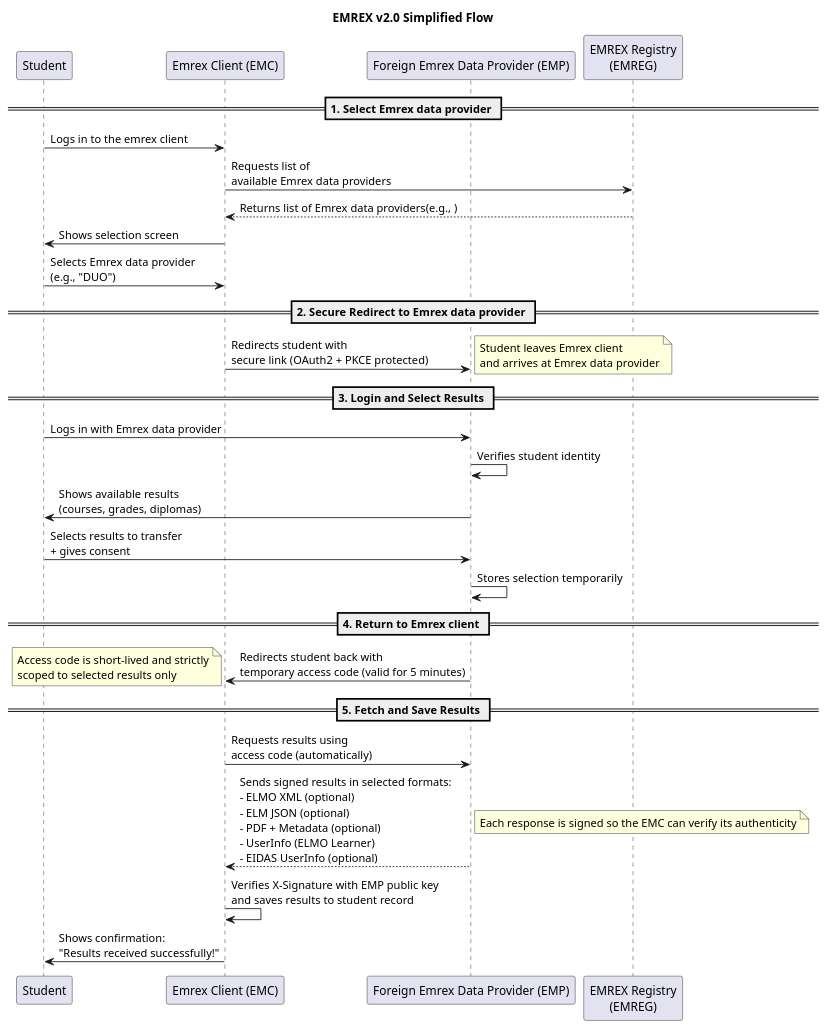
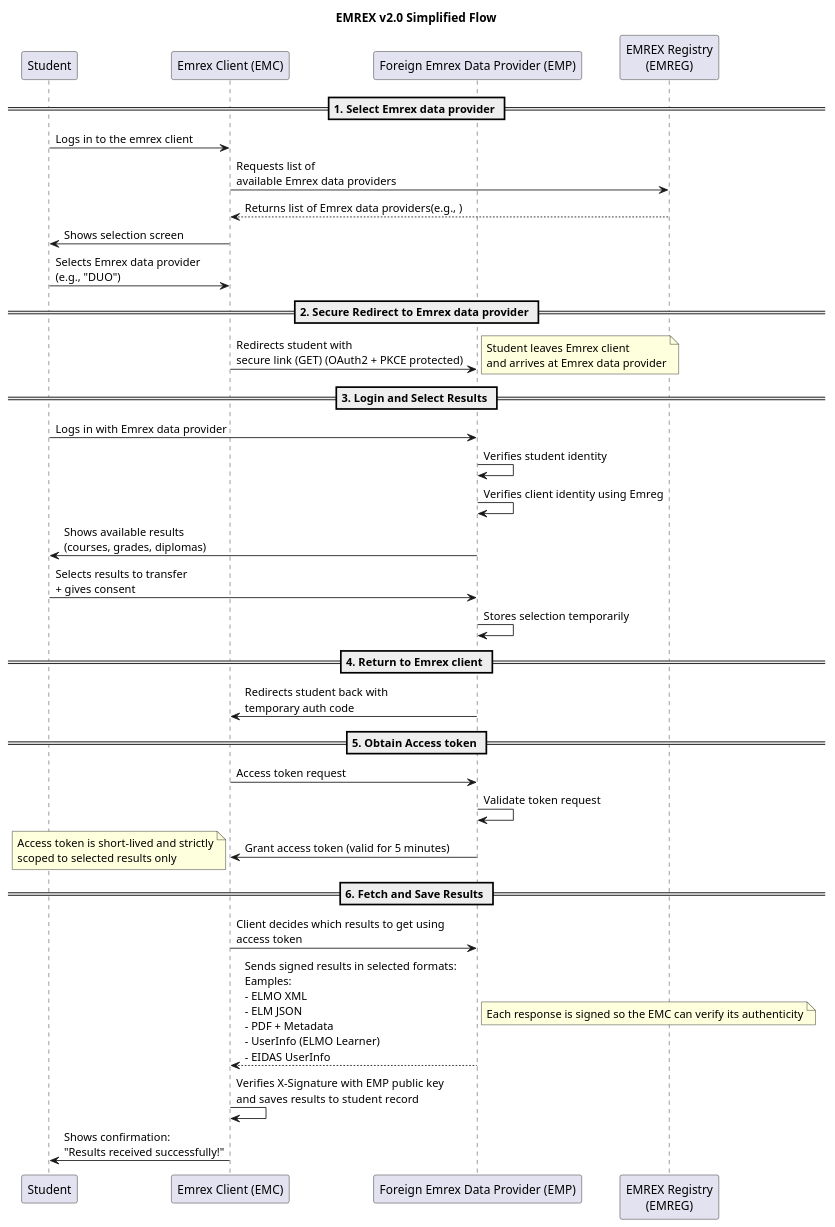
The diagram in emrex2/diagrams/emrex2.0-simple.puml (emrex-eu/standard), drawn with PlantUML before and after one commit. The commit also changed 2 other files, not shown here.

Commit message:
update EMREG spec: add `extensionOpenapiSpec` and `country` fields, refine OAuth2 flow steps, and expand migration guide with detailed impact analysis for EMPs/EMCs

```diff
--- a/emrex2/diagrams/emrex2.0-simple.puml
+++ b/emrex2/diagrams/emrex2.0-simple.puml
@@ -1,42 +1,49 @@
 @startuml EMREX_2.0_Simple_Flow
 
 title **EMREX v2.0 Simplified Flow**
 
 skinparam monochrome false
 skinparam defaultFontName Arial
 
 participant "Student" as student
 participant "Emrex Client (EMC)" as emc
 participant "Foreign Emrex Data Provider (EMP)" as emp
 participant "EMREX Registry\n(EMREG)" as emreg
 
 == 1. Select Emrex data provider ==
 student -> emc: Logs in to the emrex client
 emc -> emreg: Requests list of\navailable Emrex data providers
 emreg --> emc: Returns list of Emrex data providers(e.g., )
 emc -> student: Shows selection screen
 student -> emc: Selects Emrex data provider\n(e.g., "DUO")
 
 == 2. Secure Redirect to Emrex data provider ==
-emc -> emp: Redirects student with\nsecure link (OAuth2 + PKCE protected)
+emc -> emp: Redirects student with\nsecure link (GET) (OAuth2 + PKCE protected)
 note right: Student leaves Emrex client\nand arrives at Emrex data provider
 
 == 3. Login and Select Results ==
 student -> emp: Logs in with Emrex data provider
 emp -> emp: Verifies student identity
+emp -> emp: Verifies client identity using Emreg
 emp -> student: Shows available results\n(courses, grades, diplomas)
 student -> emp: Selects results to transfer\n+ gives consent
 emp -> emp: Stores selection temporarily
 
 == 4. Return to Emrex client ==
-emp -> emc: Redirects student back with\ntemporary access code (valid for 5 minutes)
-note left: Access code is short-lived and strictly\nscoped to selected results only
+emp -> emc: Redirects student back with\ntemporary auth code
 
-== 5. Fetch and Save Results ==
-emc -> emp: Requests results using\naccess code (automatically)
-emp --> emc: Sends signed results in selected formats:\n- ELMO XML (optional)\n- ELM JSON (optional)\n- PDF + Metadata (optional)\n- UserInfo (ELMO Learner)\n- EIDAS UserInfo (optional)
+== 5. Obtain Access token ==
+emc -> emp: Access token request
+emp -> emp: Validate token request
+emp -> emc: Grant access token (valid for 5 minutes)
+note left: Access token is short-lived and strictly\nscoped to selected results only
+
+
+== 6. Fetch and Save Results ==
+emc -> emp: Client decides which results to get using\naccess token
+emp --> emc: Sends signed results in selected formats:\nEamples:\n- ELMO XML \n- ELM JSON \n- PDF + Metadata\n- UserInfo (ELMO Learner)\n- EIDAS UserInfo
 note right: Each response is signed so the EMC can verify its authenticity
 emc -> emc: Verifies X-Signature with EMP public key\nand saves results to student record
 emc -> student: Shows confirmation:\n"Results received successfully!"
 
 @enduml
```
